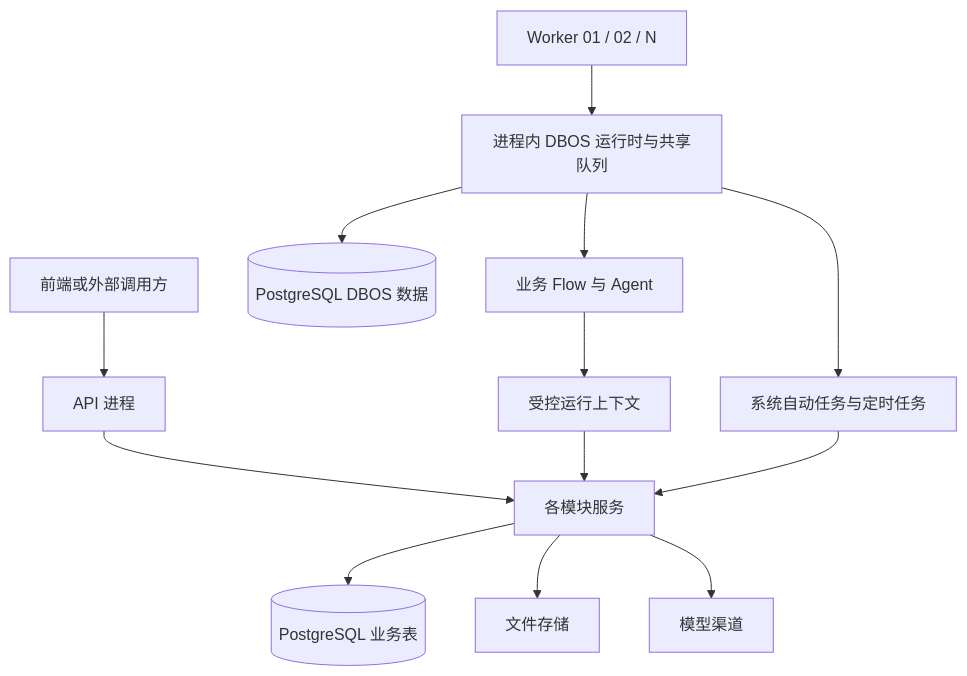
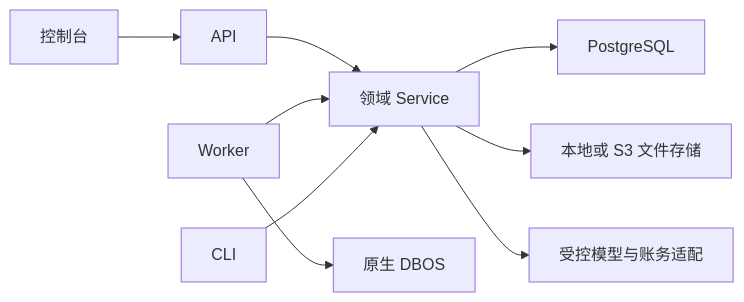
The diagram in docs/architecture.md (pfjhyyj/keystone), drawn with Mermaid before and after one commit. The commit also changed other lines of this file and 146 other files, not shown here.

First line of the commit message:
feat: extend Flow contracts and model runtime capabilities

````diff
--- a/docs/architecture.md
+++ b/docs/architecture.md
@@ -19,15 +7,11 @@
 ```mermaid
-flowchart TD
-    Client[前端或外部调用方] --> API[API 进程]
-    API --> Services[各模块服务]
-    Services --> Data[(PostgreSQL 业务表)]
-    Workers[Worker 01 / 02 / N] --> DBOS[进程内 DBOS 运行时与共享队列]
-    DBOS --> History[(PostgreSQL DBOS 数据)]
-    DBOS --> Workflow[业务 Flow 与 Agent]
-    DBOS --> Jobs[系统自动任务与定时任务]
-    Workflow --> Context[受控运行上下文]
-    Context --> Services
-    Jobs --> Services
-    Services --> Storage[文件存储]
-    Services --> Provider[模型渠道]
+flowchart LR
+    Console[控制台] --> API
+    API --> Services[领域 Service]
+    Worker --> Services
+    CLI --> Services
+    Worker --> DBOS[原生 DBOS]
+    Services --> PostgreSQL
+    Services --> Storage[本地或 S3 文件存储]
+    Services --> Models[受控模型与账务适配]
 ```
````
